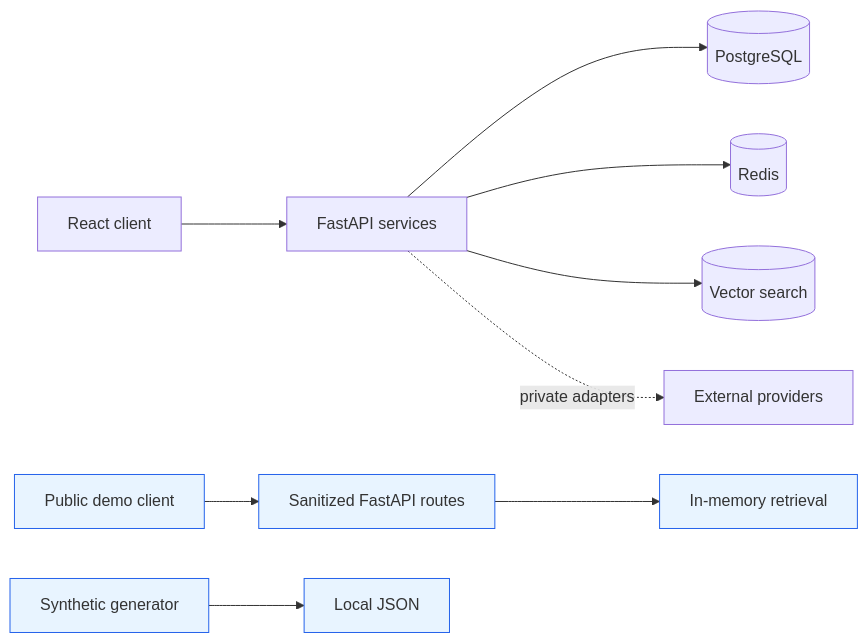
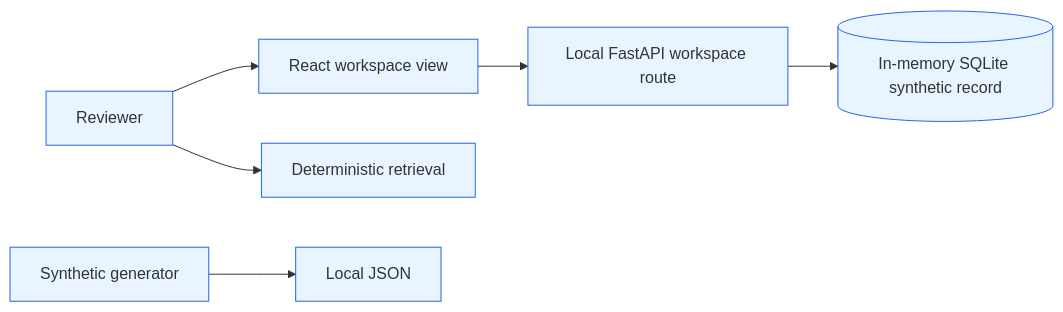
One commit to LuxuriantTech/software-engineering-portfolio changed the diagram in projects/synthevia/README.md. Above: the diagram before and after it, drawn with Mermaid. The commit also changed other lines of this file and 56 other files, not shown here.

```diff
--- a/projects/synthevia/README.md
+++ b/projects/synthevia/README.md
@@ -48,15 +51,11 @@
 ~~~mermaid
 flowchart LR
-    U[React client] --> A[FastAPI services]
-    A --> P[(PostgreSQL)]
-    A --> R[(Redis)]
-    A --> V[(Vector search)]
-    A -. private adapters .-> E[External providers]
-
-    D[Public demo client] --> S[Sanitized FastAPI routes]
-    S --> M[In-memory retrieval]
+    R[Reviewer] --> V[React workspace view]
+    V --> A[Local FastAPI workspace route]
+    A --> D[(In-memory SQLite synthetic record)]
+    R --> Q[Deterministic retrieval]
     G[Synthetic generator] --> J[Local JSON]
 
     classDef public fill:#e8f4ff,stroke:#2563eb
-    class D,S,M,G,J public
+    class R,V,A,D,Q,G,J public
 ~~~
```
